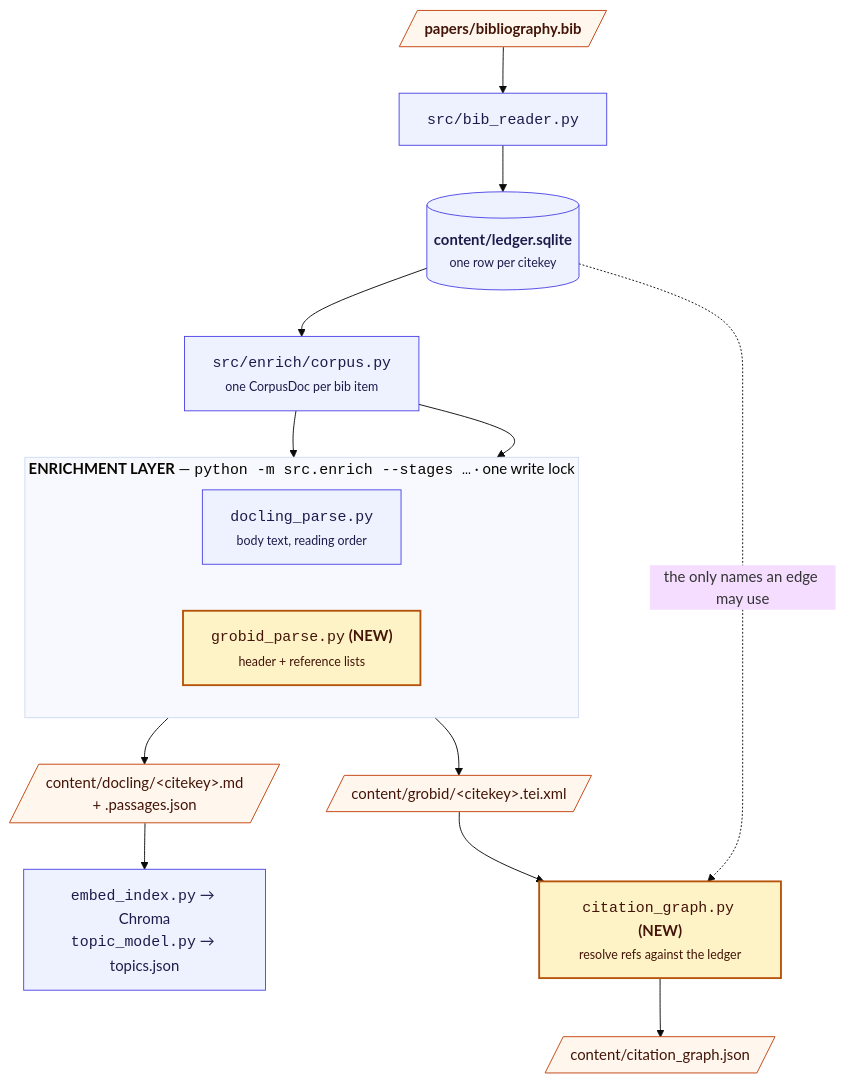
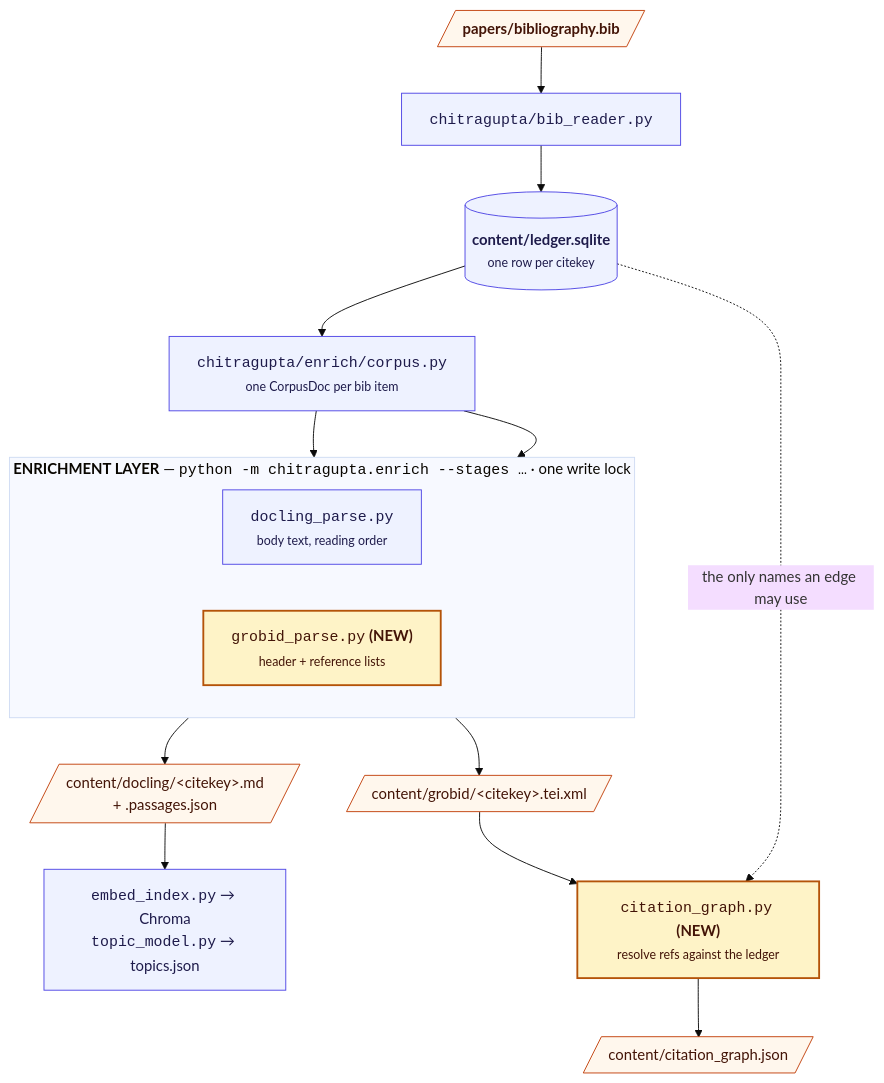
The first of 2 diagrams in docs/GROBID-CITATION-GRAPH.md (prasadtalasila/chitragupta), drawn with Mermaid (base theme) before and after one commit. The commit also changed other lines of this file and 255 other files, not shown here.

````diff
--- a/docs/GROBID-CITATION-GRAPH.md
+++ b/docs/GROBID-CITATION-GRAPH.md
@@ -114,38 +116,38 @@
 ```mermaid
 flowchart TB
 
   BIB[/"<b>papers/bibliography.bib</b>"/]
-  READER["<code>src/bib_reader.py</code>"]
+  READER["<code>chitragupta/bib_reader.py</code>"]
   LEDGER[("<b>content/ledger.sqlite</b><br/><small>one row per citekey</small>")]
-  CORPUS["<code>src/enrich/corpus.py</code><br/><small>one CorpusDoc per bib item</small>"]
+  CORPUS["<code>chitragupta/enrich/corpus.py</code><br/><small>one CorpusDoc per bib item</small>"]
 
   BIB --> READER --> LEDGER --> CORPUS
 
-  subgraph EX["<b>ENRICHMENT LAYER</b> — <code>python -m src.enrich --stages …</code> · one write lock"]
+  subgraph EX["<b>ENRICHMENT LAYER</b> — <code>python -m chitragupta.enrich --stages …</code> · one write lock"]
     direction LR
     DOC["<code>docling_parse.py</code><br/><small>body text, reading order</small>"]
     GRO["<code>grobid_parse.py</code> <b>(NEW)</b><br/><small>header + reference lists</small>"]
   end
 
   CORPUS --> DOC
   CORPUS --> GRO
 
   MD[/"content/docling/&lt;citekey&gt;.md<br/>+ .passages.json"/]
   TEI[/"content/grobid/&lt;citekey&gt;.tei.xml"/]
   DOC --> MD
   GRO --> TEI
 
   EMB["<code>embed_index.py</code> → Chroma<br/><code>topic_model.py</code> → topics.json"]
   CG["<code>citation_graph.py</code> <b>(NEW)</b><br/><small>resolve refs against the ledger</small>"]
   MD --> EMB
   TEI --> CG
   LEDGER -. "the only names an edge may use" .-> CG
   CG --> GRAPH[/"content/citation_graph.json"/]
 
   classDef new fill:#fef3c7,stroke:#b45309,stroke-width:2px,color:#431407
   classDef store fill:#fff7ed,stroke:#c2410c,color:#431407
   classDef det fill:#eef2ff,stroke:#4f46e5,color:#1e1b4b
   class GRO,CG new
   class MD,TEI,GRAPH,BIB store
   class LEDGER,READER,CORPUS,DOC,EMB det
 ```
````
